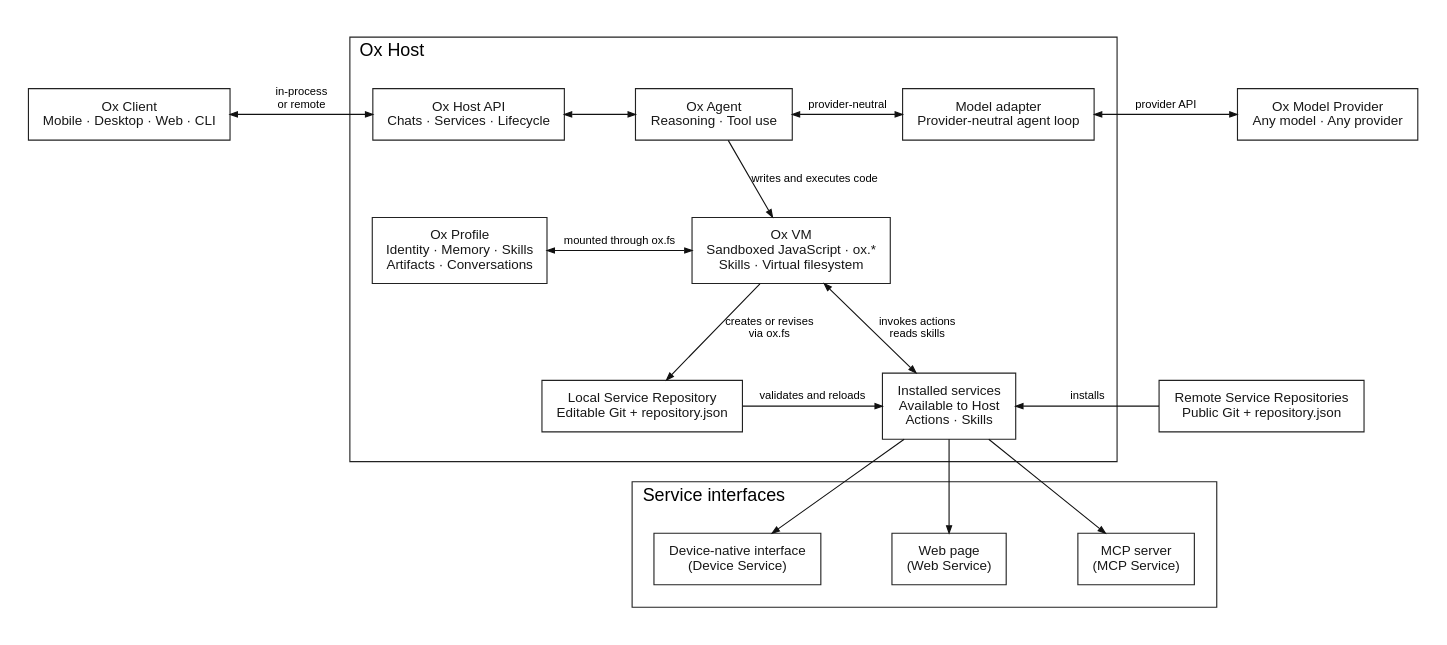
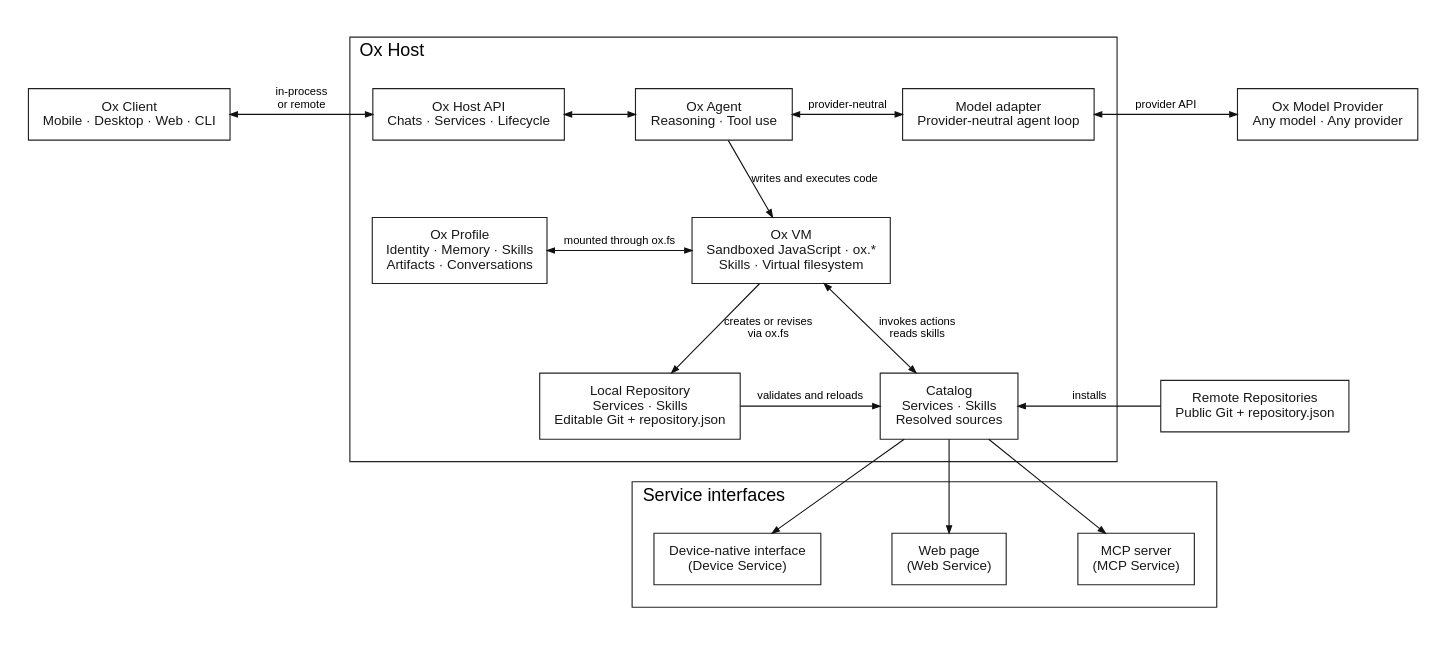
Before and after one commit to ziyzhu/openox: the diagram in docs/openox-components.dot, drawn with Graphviz. The commit also changed 123 other files, not shown here.

```diff
--- a/docs/openox-components.dot
+++ b/docs/openox-components.dot
@@ -1,78 +1,78 @@
 digraph OpenOx {
   graph [
     bgcolor="white"
     fontname="Arial"
     fontsize=16
     labeljust=l
     newrank=true
     nodesep=0.45
     pad=0.25
     ranksep=0.8
   ];
   node [
     color="#222222"
     fillcolor="white"
     fontcolor="#171717"
     fontname="Arial"
     fontsize=12
     margin="0.18,0.14"
     shape=box
     style=filled
   ];
   edge [
     arrowsize=0.65
     color="#111111"
     fontname="Arial"
     fontsize=10
   ];
 
   client [label="Ox Client\nMobile · Desktop · Web · CLI"];
 
   subgraph cluster_host {
     label="Ox Host";
     color="#222222";
     margin=20;
 
     host_api [label="Ox Host API\nChats · Services · Lifecycle"];
     agent [label="Ox Agent\nReasoning · Tool use"];
     model_adapter [label="Model adapter\nProvider-neutral agent loop"];
     profile [label="Ox Profile\nIdentity · Memory · Skills\nArtifacts · Conversations"];
     vm [label="Ox VM\nSandboxed JavaScript · ox.*\nSkills · Virtual filesystem"];
-    local_repository [label="Local Service Repository\nEditable Git + repository.json"];
-    services [label="Installed services\nAvailable to Host\nActions · Skills"];
+    local_repository [label="Local Repository\nServices · Skills\nEditable Git + repository.json"];
+    services [label="Catalog\nServices · Skills\nResolved sources"];
   }
 
   model [label="Ox Model Provider\nAny model · Any provider"];
-  remote_repositories [label="Remote Service Repositories\nPublic Git + repository.json"];
+  remote_repositories [label="Remote Repositories\nPublic Git + repository.json"];
 
   subgraph cluster_interfaces {
     label="Service interfaces";
     color="#222222";
     margin=20;
 
     device [label="Device-native interface\n(Device Service)"];
     web [label="Web page\n(Web Service)"];
     mcp [label="MCP server\n(MCP Service)"];
 
     { rank=same; device; web; mcp; }
     device -> web -> mcp [style=invis];
   }
 
   { rank=same; client; host_api; agent; model_adapter; model; }
   { rank=same; profile; vm; }
   { rank=same; local_repository; services; remote_repositories; }
 
   client -> host_api [dir=both, label="in-process\nor remote", weight=100, minlen=2];
   host_api -> agent [dir=both, weight=100];
   agent -> model_adapter [dir=both, label="provider-neutral", weight=100];
   model_adapter -> model [dir=both, label="provider API", weight=100, minlen=2];
   agent -> vm [label="writes and executes code"];
   profile -> vm [dir=both, label="mounted through ox.fs"];
   vm -> local_repository [label="creates or revises\nvia ox.fs"];
   vm -> services [dir=both, label="invokes actions\nreads skills"];
   local_repository -> services [label="validates and reloads", weight=100];
   services -> remote_repositories [dir=back, label="installs", weight=100, minlen=2];
   services -> device;
   services -> web;
   services -> mcp;
 }
```
